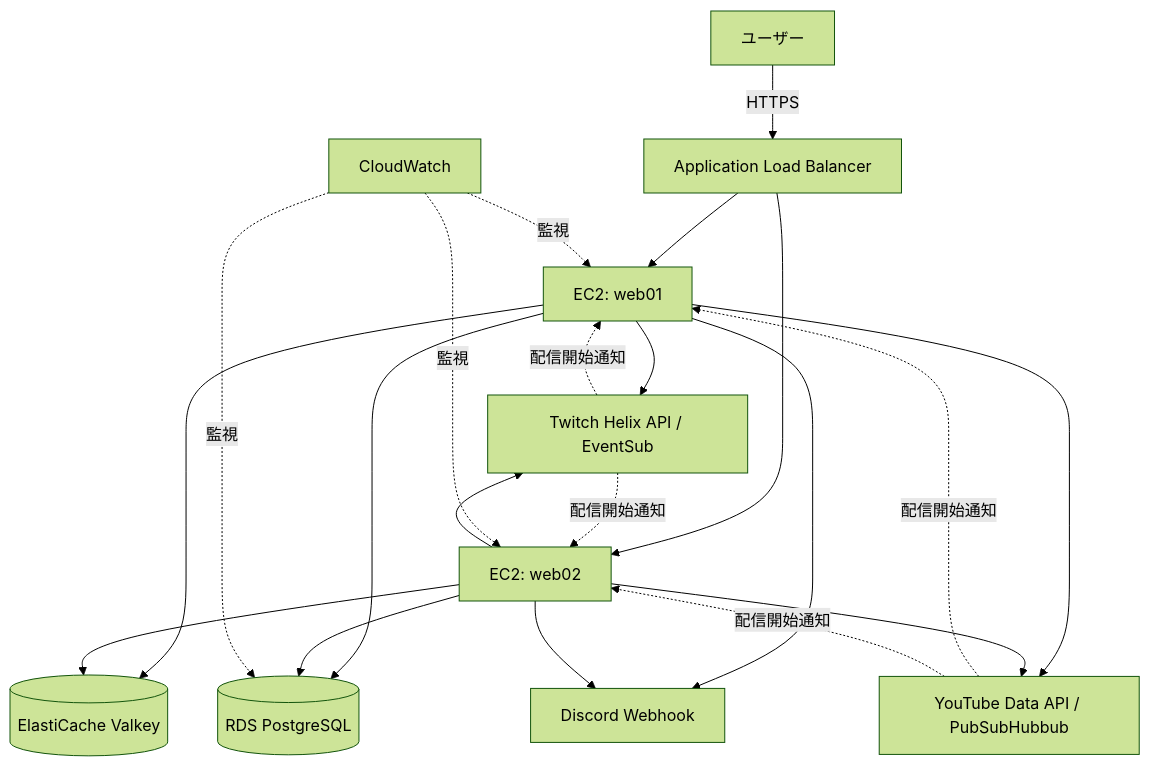
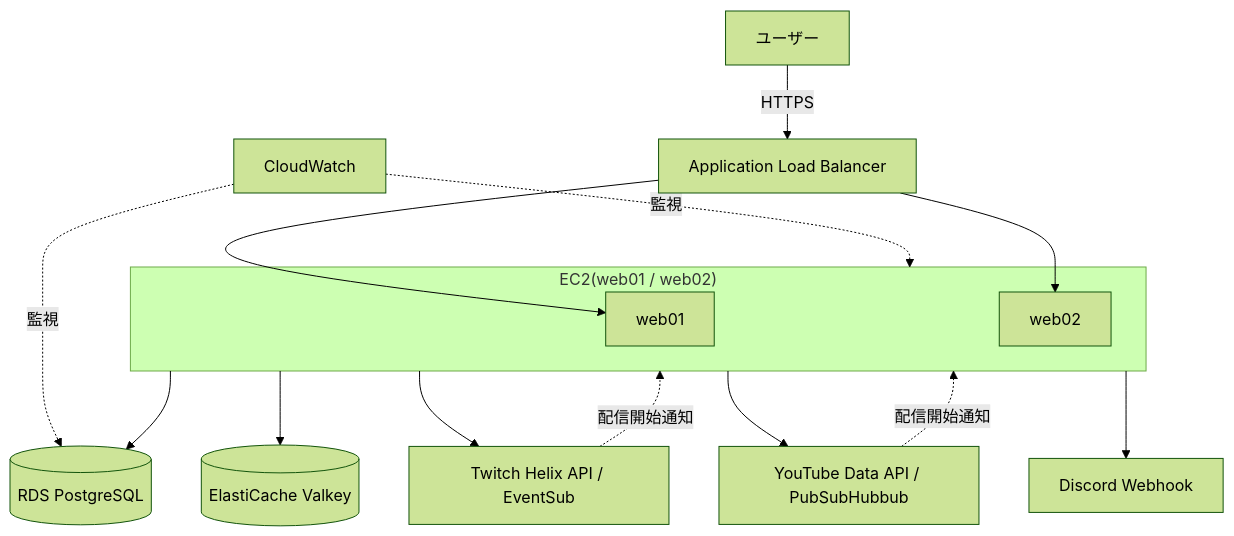
One commit to Watari1334/streamnotify changed the diagram in README.md. Above: the diagram before and after it, drawn with Mermaid (forest theme).

Commit message:
Update flowchart structure in README.md
Refactor the flowchart to group EC2 instances and simplify connections.

````diff
--- a/README.md
+++ b/README.md
@@ -30,23 +30,23 @@
 ```mermaid
 flowchart TD
     User[ユーザー] -->|HTTPS| ALB[Application Load Balancer]
-    ALB --> Web01[EC2: web01]
-    ALB --> Web02[EC2: web02]
-    Web01 --> RDS[(RDS PostgreSQL)]
-    Web02 --> RDS
-    Web01 --> Cache[(ElastiCache Valkey)]
-    Web02 --> Cache
-    Web01 --> Twitch[Twitch Helix API / EventSub]
-    Web02 --> Twitch
-    Web01 --> YouTube[YouTube Data API / PubSubHubbub]
-    Web02 --> YouTube
-    Twitch -.配信開始通知.-> Web01
-    Twitch -.配信開始通知.-> Web02
-    YouTube -.配信開始通知.-> Web01
-    YouTube -.配信開始通知.-> Web02
-    Web01 --> Discord[Discord Webhook]
-    Web02 --> Discord
-    CW[CloudWatch] -.監視.-> Web01
-    CW -.監視.-> Web02
+
+    subgraph EC2["EC2(web01 / web02)"]
+        Web01[web01]
+        Web02[web02]
+    end
+
+    ALB --> Web01
+    ALB --> Web02
+
+    EC2 --> RDS[(RDS PostgreSQL)]
+    EC2 --> Cache[(ElastiCache Valkey)]
+    EC2 --> Twitch[Twitch Helix API / EventSub]
+    EC2 --> YouTube[YouTube Data API / PubSubHubbub]
+    Twitch -.配信開始通知.-> EC2
+    YouTube -.配信開始通知.-> EC2
+    EC2 --> Discord[Discord Webhook]
+
+    CW[CloudWatch] -.監視.-> EC2
     CW -.監視.-> RDS
 ```
````
